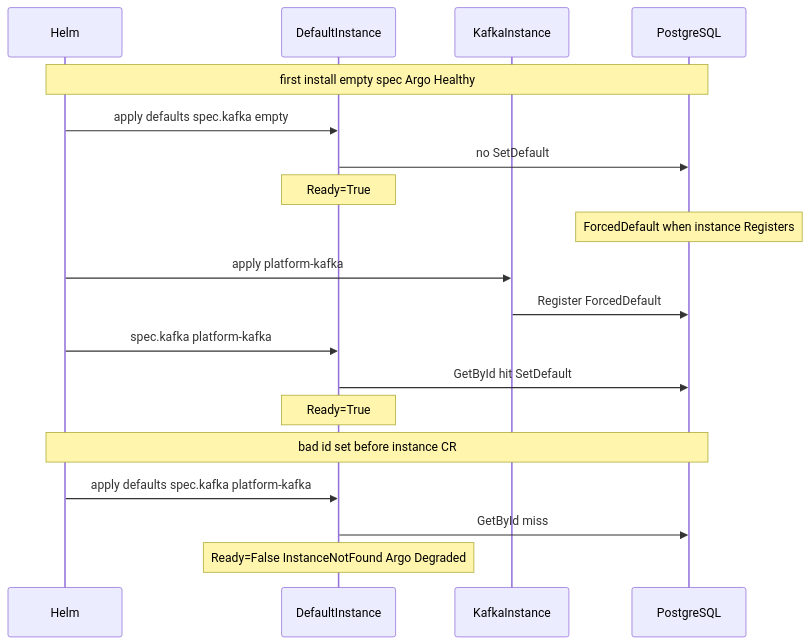
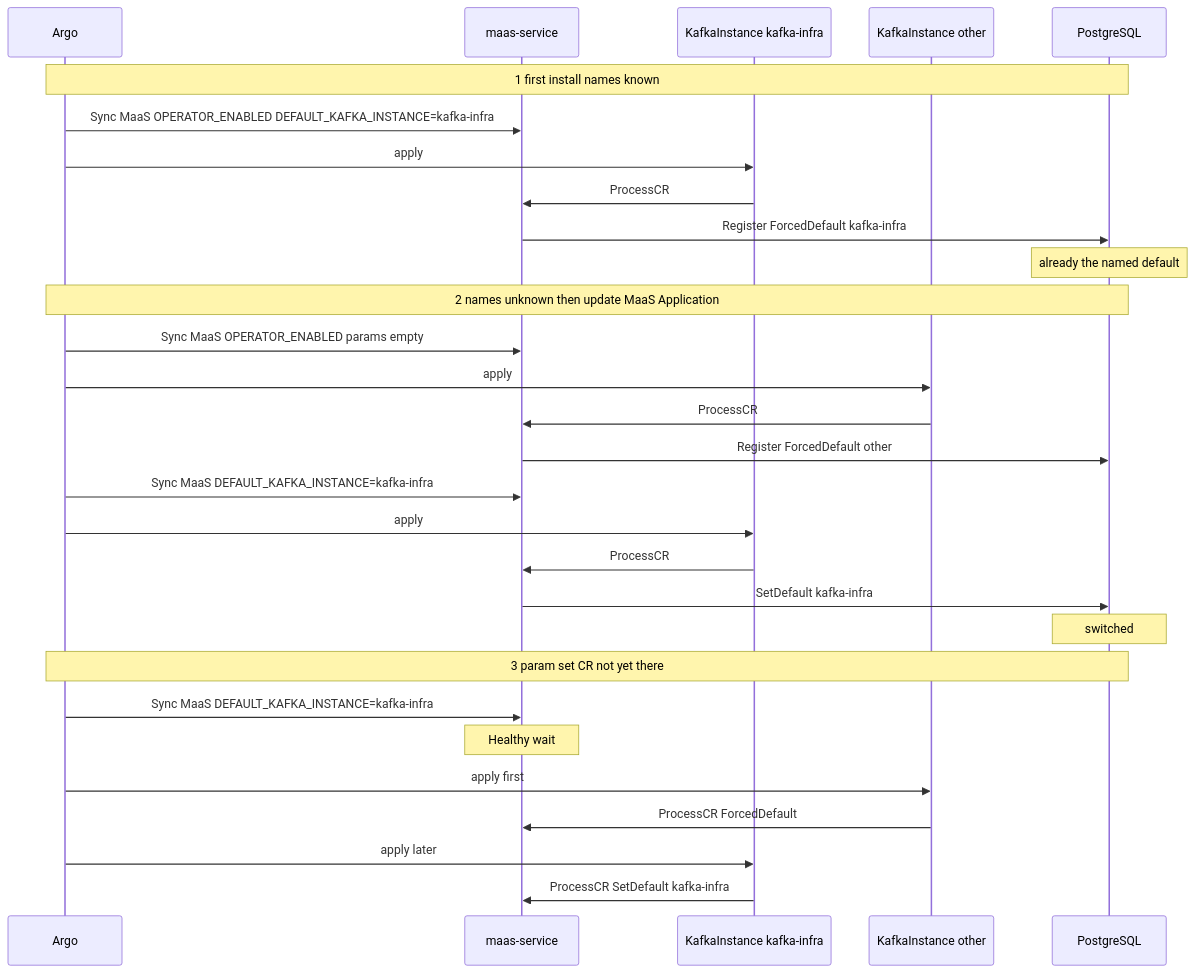
One commit to Netcracker/qubership-maas changed the eighth of 14 diagrams in docs/operator_design.md. Above: the diagram before and after it, drawn with Mermaid. The commit also changed other lines of this file and 1 other file, not shown here.

Commit message:
feat: design docs operator

````diff
--- a/docs/operator_design.md
+++ b/docs/operator_design.md
@@ -1106,23 +961,34 @@
 ```mermaid
 sequenceDiagram
-  participant Helm
-  participant Def as DefaultInstance
-  participant Inst as KafkaInstance
+  participant Argo
+  participant Pod as maas-service
+  participant Named as KafkaInstance kafka-infra
+  participant Other as KafkaInstance other
   participant DB as PostgreSQL
 
-  Note over Helm,DB: first install empty spec Argo Healthy
-  Helm->>Def: apply defaults spec.kafka empty
-  Def->>DB: no SetDefault
-  Note over Def: Ready=True
-  Note over DB: ForcedDefault when instance Registers
-  Helm->>Inst: apply platform-kafka
-  Inst->>DB: Register ForcedDefault
-  Helm->>Def: spec.kafka platform-kafka
-  Def->>DB: GetById hit SetDefault
-  Note over Def: Ready=True
+  Note over Argo,DB: 1 first install names known
+  Argo->>Pod: Sync MaaS OPERATOR_ENABLED DEFAULT_KAFKA_INSTANCE=kafka-infra
+  Argo->>Named: apply
+  Named->>Pod: ProcessCR
+  Pod->>DB: Register ForcedDefault kafka-infra
+  Note over DB: already the named default
 
-  Note over Helm,DB: bad id set before instance CR
-  Helm->>Def: apply defaults spec.kafka platform-kafka
-  Def->>DB: GetById miss
-  Note over Def: Ready=False InstanceNotFound Argo Degraded
+  Note over Argo,DB: 2 names unknown then update MaaS Application
+  Argo->>Pod: Sync MaaS OPERATOR_ENABLED params empty
+  Argo->>Other: apply
+  Other->>Pod: ProcessCR
+  Pod->>DB: Register ForcedDefault other
+  Argo->>Pod: Sync MaaS DEFAULT_KAFKA_INSTANCE=kafka-infra
+  Argo->>Named: apply
+  Named->>Pod: ProcessCR
+  Pod->>DB: SetDefault kafka-infra
+  Note over DB: switched
+
+  Note over Argo,DB: 3 param set CR not yet there
+  Argo->>Pod: Sync MaaS DEFAULT_KAFKA_INSTANCE=kafka-infra
+  Note over Pod: Healthy wait
+  Argo->>Other: apply first
+  Other->>Pod: ProcessCR ForcedDefault
+  Argo->>Named: apply later
+  Named->>Pod: ProcessCR SetDefault kafka-infra
 ```
````
